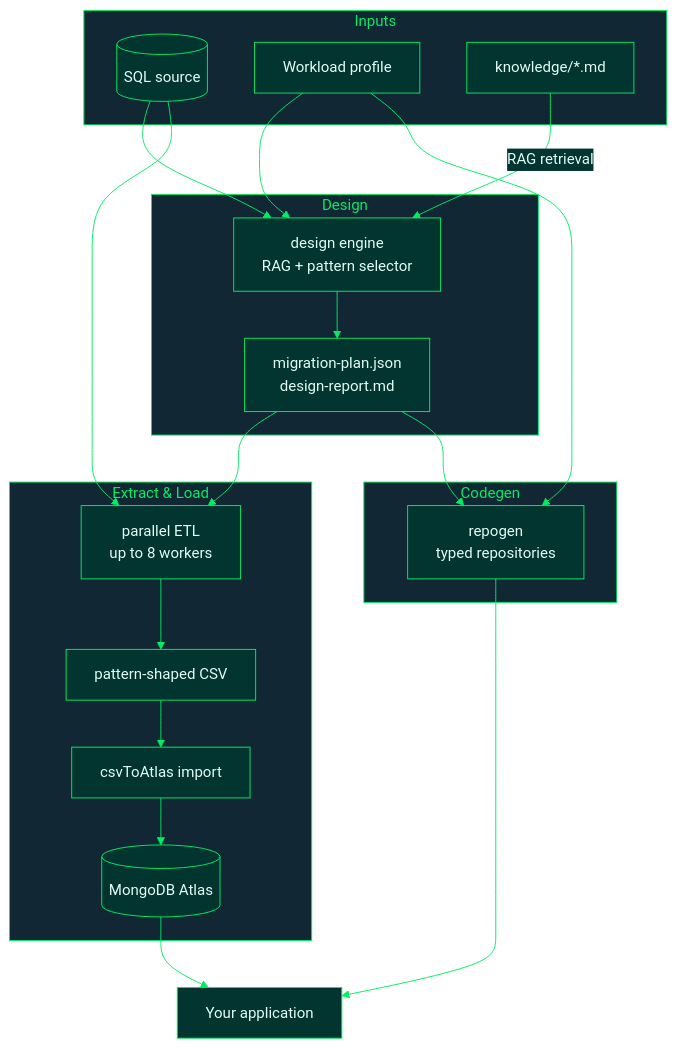
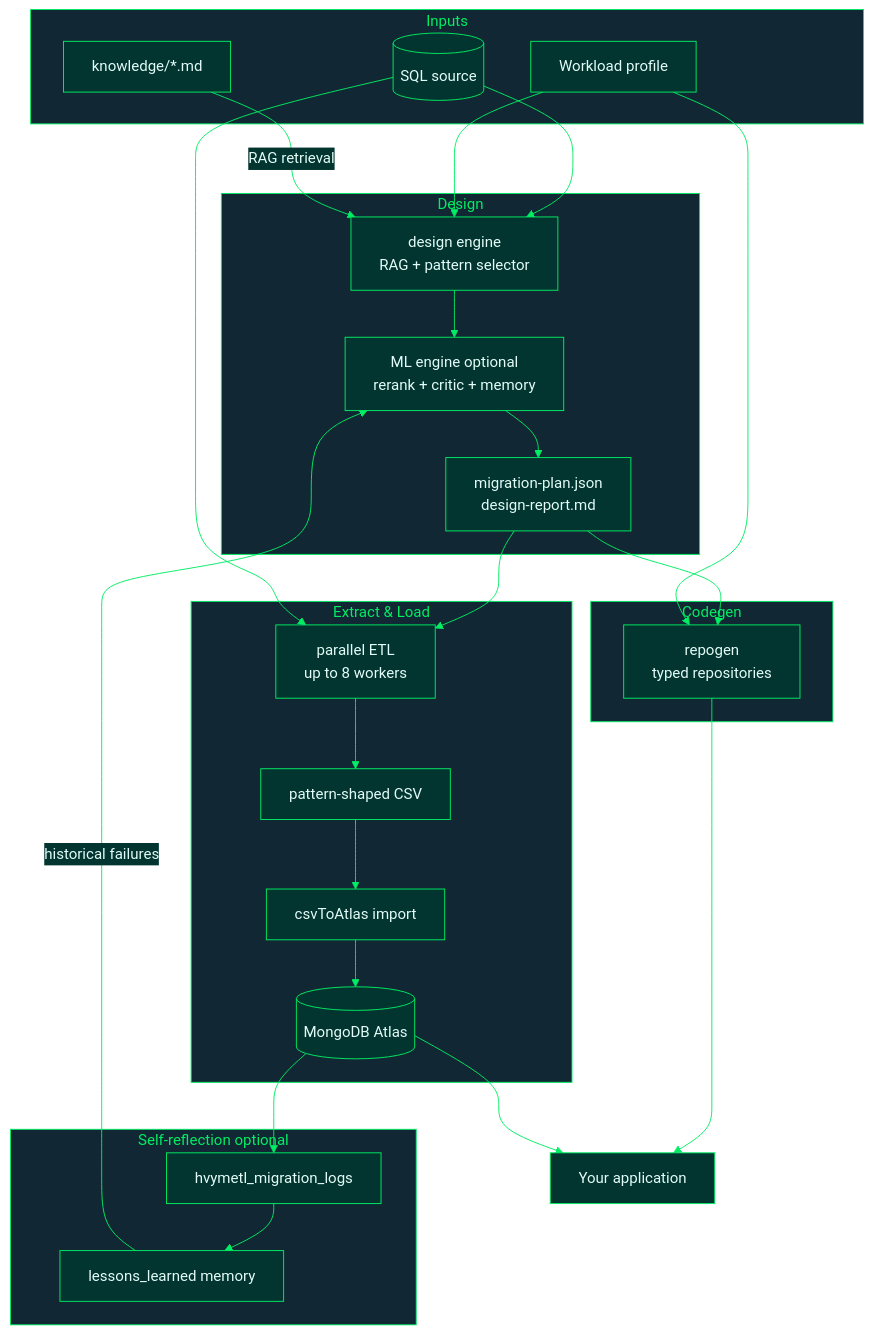
One commit to 7erry/hvyMETL changed the diagram in README.md. Above: the diagram before and after it, drawn with Mermaid. The commit also changed other lines of this file, not shown here.

First line of the commit message:
Expand main README with ML engine section, diagram, and usage.

````diff
--- a/README.md
+++ b/README.md
@@ -15,39 +21,49 @@
 ```mermaid
 %%{init:{"theme":"base","themeVariables":{"darkMode":true,"background":"#001E2B","mainBkg":"#023430","secondBkg":"#00684A","tertiaryBkg":"#112733","primaryColor":"#00684A","primaryTextColor":"#E3FCF7","primaryBorderColor":"#00ED64","secondaryColor":"#023430","secondaryTextColor":"#E3FCF7","secondaryBorderColor":"#00A35C","tertiaryColor":"#112733","tertiaryTextColor":"#C0FAE6","tertiaryBorderColor":"#00ED64","lineColor":"#00ED64","textColor":"#E3FCF7","nodeTextColor":"#E3FCF7","clusterBkg":"#112733","clusterBorder":"#00ED64","titleColor":"#00ED64","edgeLabelBackground":"#023430","nodeBorder":"#00ED64","actorBkg":"#00684A","actorBorder":"#00ED64","actorTextColor":"#E3FCF7","signalColor":"#00ED64","labelBoxBkgColor":"#023430","labelBoxBorderColor":"#00ED64","labelTextColor":"#E3FCF7","loopTextColor":"#E3FCF7","noteBkgColor":"#112733","noteBorderColor":"#00ED64","noteTextColor":"#E3FCF7","activationBkgColor":"#00A35C","activationBorderColor":"#00ED64","sequenceNumberColor":"#E3FCF7","attributeBackgroundColorOdd":"#023430","attributeBackgroundColorEven":"#112733","classText":"#E3FCF7","classLabelColor":"#00ED64"}}}%%
 flowchart TB
     subgraph inputs [Inputs]
         SQL[(SQL source)]
         Profile[Workload profile]
         KB[knowledge/*.md]
     end
 
     subgraph design [Design]
         Engine[design engine<br/>RAG + pattern selector]
+        ML[ML engine optional<br/>rerank + critic + memory]
         Plan[migration-plan.json<br/>design-report.md]
+    end
+
+    subgraph feedback [Self-reflection optional]
+        Logs[hvymetl_migration_logs]
+        Lessons[lessons_learned memory]
     end
 
     subgraph extract [Extract & Load]
         ETL[parallel ETL<br/>up to 8 workers]
         CSV[pattern-shaped CSV]
         Import[csvToAtlas import]
         Atlas[(MongoDB Atlas)]
     end
 
     subgraph codegen [Codegen]
         Repo[repogen<br/>typed repositories]
     end
 
     SQL --> Engine
     Profile --> Engine
     KB -->|RAG retrieval| Engine
-    Engine --> Plan
+    Lessons -->|historical failures| ML
+    Engine --> ML
+    ML --> Plan
     Plan --> ETL
     SQL --> ETL
     ETL --> CSV
     CSV --> Import
     Import --> Atlas
+    Atlas --> Logs
+    Logs --> Lessons
     Plan --> Repo
     Profile --> Repo
     Repo --> App[Your application]
     Atlas --> App
 ```
````
